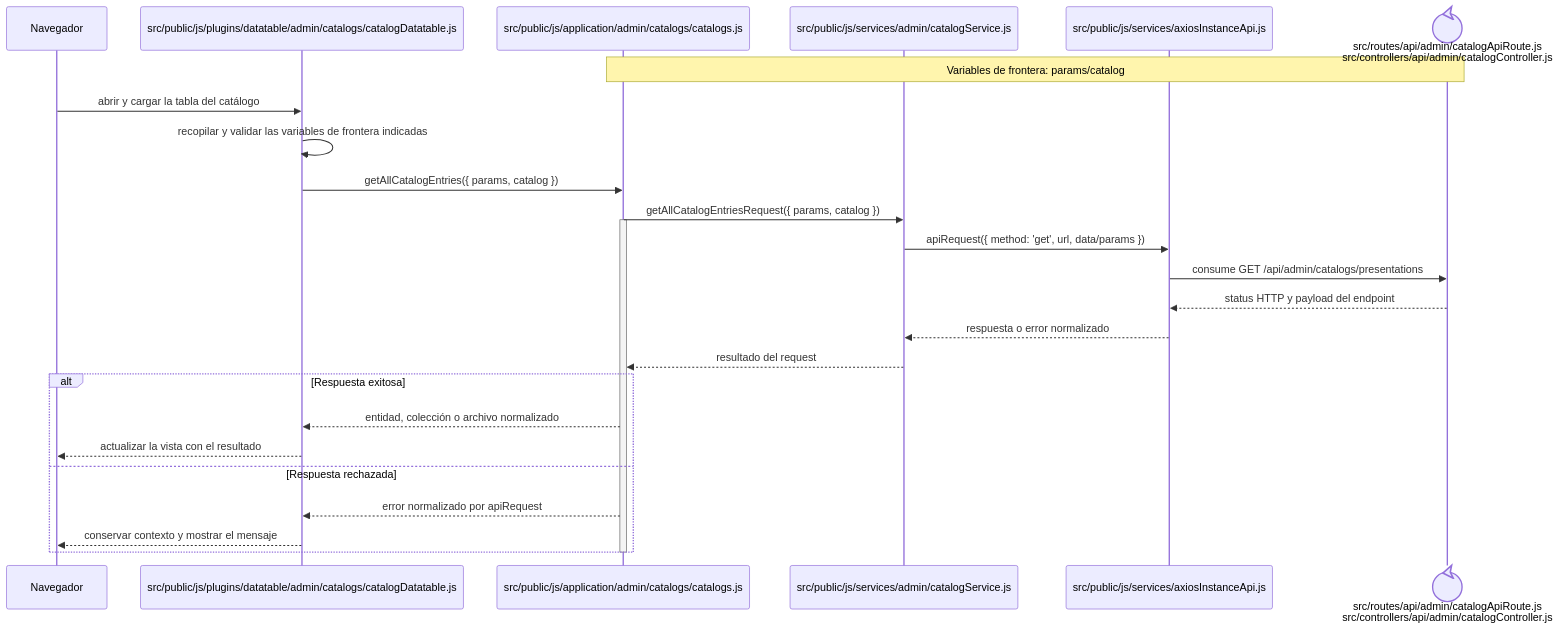
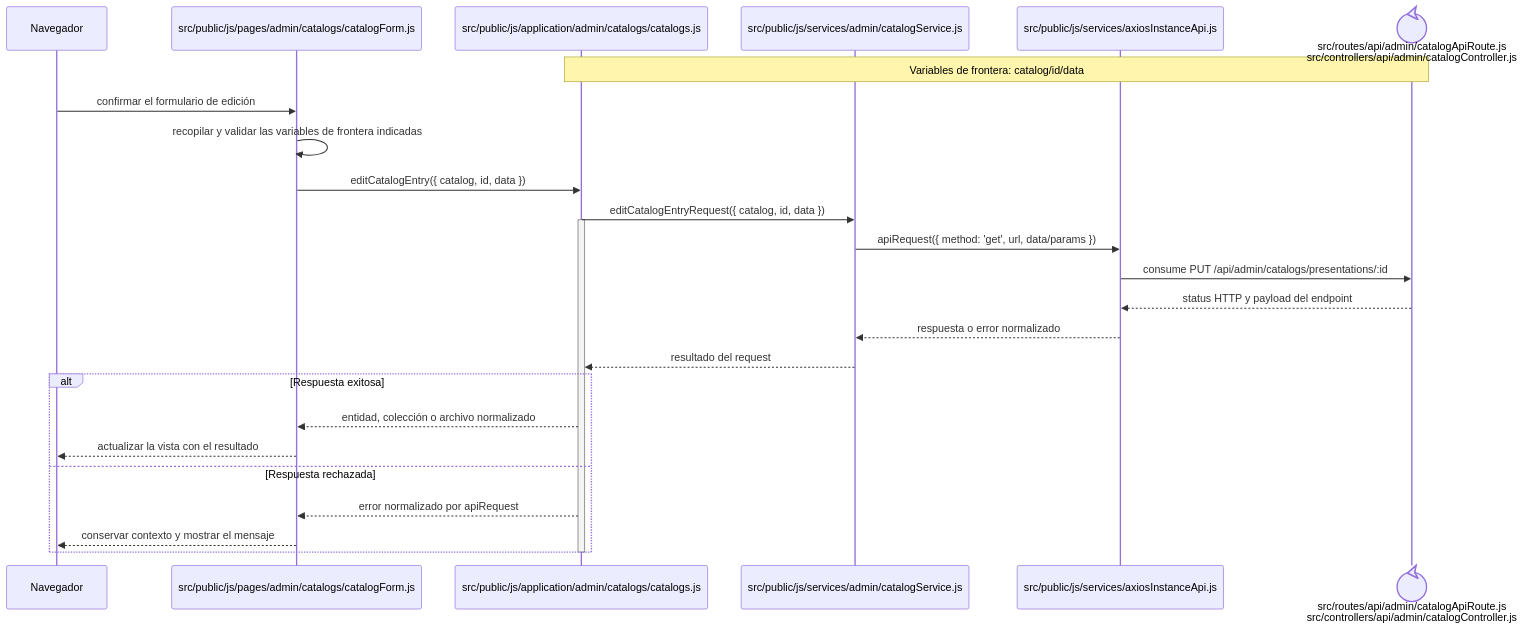
One commit to gpgsistemas01/nexus changed the diagram in docs/architecture/frontend-code-sequences/catalogs/cu-cat-33.md. Above: the diagram before and after it, drawn with Mermaid. The commit also changed other lines of this file and 207 other files, not shown here.

````diff
--- a/docs/architecture/frontend-code-sequences/catalogs/cu-cat-33.md
+++ b/docs/architecture/frontend-code-sequences/catalogs/cu-cat-33.md
@@ -6,29 +6,29 @@
 ```mermaid
 sequenceDiagram
     participant Browser as Navegador
-    participant View as src/public/js/plugins/datatable/admin/catalogs/catalogDatatable.js
+    participant View as src/public/js/pages/admin/catalogs/catalogForm.js
     participant Application as src/public/js/application/admin/catalogs/catalogs.js
     participant Request as src/public/js/services/admin/catalogService.js
     participant HTTP as src/public/js/services/axiosInstanceApi.js
     participant Transport@{ "type": "control" } as src/routes/api/admin/catalogApiRoute.js<br/>src/controllers/api/admin/catalogController.js
-    Note over Application,Transport: Variables de frontera: params/catalog
+    Note over Application,Transport: Variables de frontera: catalog/id/data
 
-    Browser->>View: abrir y cargar la tabla del catálogo
+    Browser->>View: confirmar el formulario de edición
     View->>View: recopilar y validar las variables de frontera indicadas
-    View->>Application: getAllCatalogEntries({ params, catalog })
-    Application->>Request: getAllCatalogEntriesRequest({ params, catalog })
+    View->>Application: editCatalogEntry({ catalog, id, data })
+    Application->>Request: editCatalogEntryRequest({ catalog, id, data })
     activate Application
     Request->>HTTP: apiRequest({ method: 'get', url, data/params })
-    HTTP->>Transport: consume GET /api/admin/catalogs/presentations
+    HTTP->>Transport: consume PUT /api/admin/catalogs/presentations/:id
     Transport-->>HTTP: status HTTP y payload del endpoint
     HTTP-->>Request: respuesta o error normalizado
     Request-->>Application: resultado del request
     alt Respuesta exitosa
         Application-->>View: entidad, colección o archivo normalizado
         View-->>Browser: actualizar la vista con el resultado
     else Respuesta rechazada
         Application-->>View: error normalizado por apiRequest
         View-->>Browser: conservar contexto y mostrar el mensaje
     end
     deactivate Application
 ```
````
